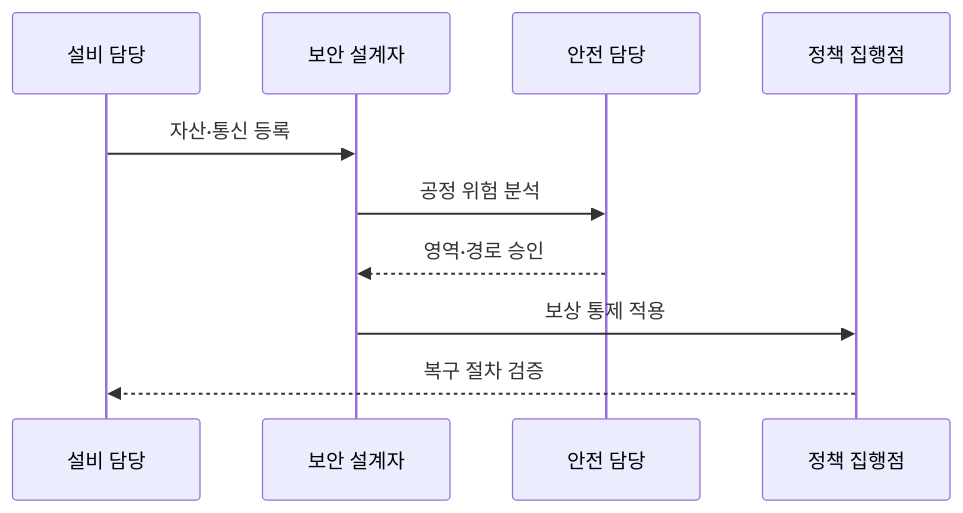
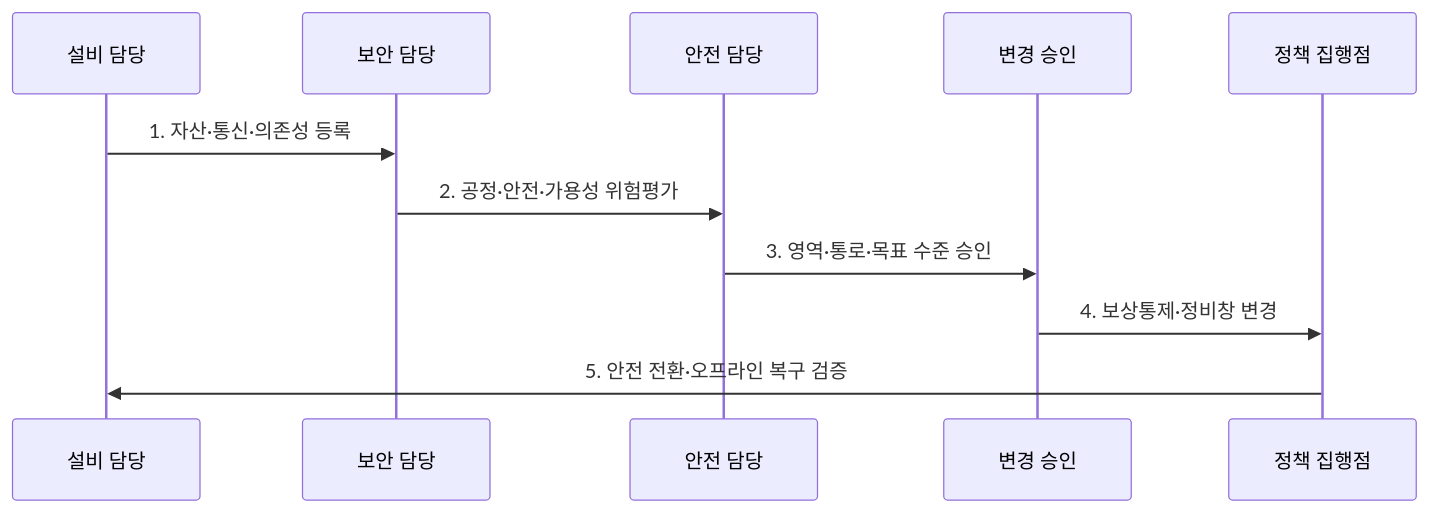
Before and after one commit to agnusdei1207/knowledge-base: the second of 2 diagrams in src/content/docs/notes/05-security/133_ot_security_smart_factory.md, drawn with Mermaid. The commit also changed other lines of this file and 6 other files, not shown here.

````diff
--- a/src/content/docs/notes/05-security/133_ot_security_smart_factory.md
+++ b/src/content/docs/notes/05-security/133_ot_security_smart_factory.md
@@ -81,12 +81,13 @@
 ```mermaid
 sequenceDiagram
-    participant O as 설비 담당
-    participant S as 보안 설계자
-    participant A as 안전 담당
-    participant E as 정책 집행점
-    O->>S: 자산·통신 등록
-    S->>A: 공정 위험 분석
-    A-->>S: 영역·경로 승인
-    S->>E: 보상 통제 적용
-    E-->>O: 복구 절차 검증
+  participant O as 설비 담당
+  participant S as 보안 담당
+  participant A as 안전 담당
+  participant C as 변경 승인
+  participant E as 정책 집행점
+  O->>S: 1. 자산·통신·의존성 등록
+  S->>A: 2. 공정·안전·가용성 위험평가
+  A->>C: 3. 영역·통로·목표 수준 승인
+  C->>E: 4. 보상통제·정비창 변경
+  E->>O: 5. 안전 전환·오프라인 복구 검증
 ```
````
